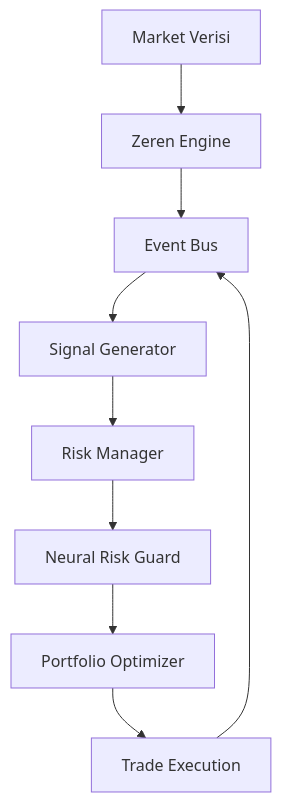
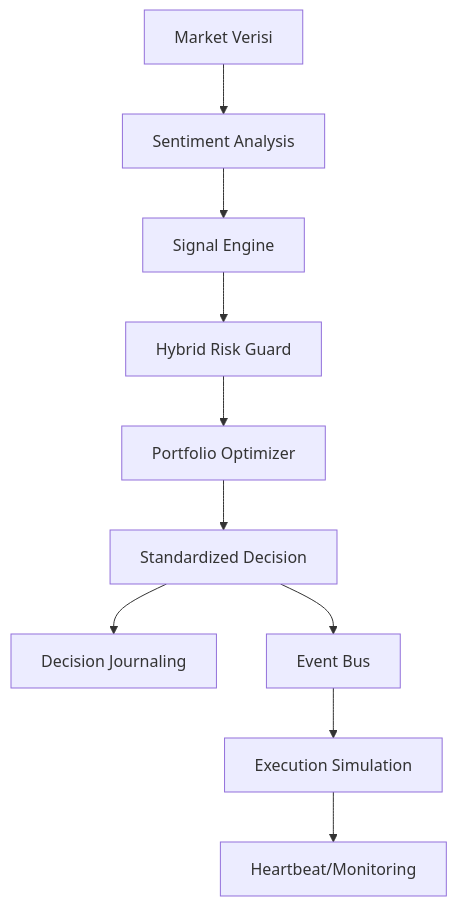
The diagram in README.md (Berkayzeren/zeren-ai-lite), drawn with Mermaid before and after one commit. The commit also changed other lines of this file, not shown here.

Commit message:
Final architectural polish and README update

````diff
--- a/README.md
+++ b/README.md
@@ -24,11 +17,12 @@
 ```mermaid
 graph TD
-    Data[Market Verisi] --> Engine[Zeren Engine]
-    Engine --> Bus[Event Bus]
-    Bus --> Sig[Signal Generator]
-    Sig --> Risk[Risk Manager]
-    Risk --> Neural[Neural Risk Guard]
-    Neural --> Opt[Portfolio Optimizer]
-    Opt --> Trade[Trade Execution]
-    Trade --> Bus
+    Data[Market Verisi] --> Sent[Sentiment Analysis]
+    Sent --> Sig[Signal Engine]
+    Sig --> Risk[Hybrid Risk Guard]
+    Risk --> Opt[Portfolio Optimizer]
+    Opt --> Decision[Standardized Decision]
+    Decision --> Journal[Decision Journaling]
+    Decision --> Bus[Event Bus]
+    Bus --> Exec[Execution Simulation]
+    Exec --> Heart[Heartbeat/Monitoring]
 ```
````
